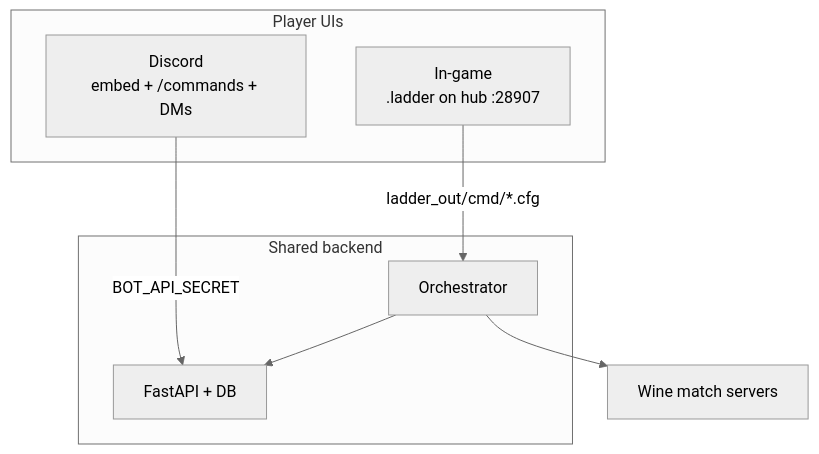
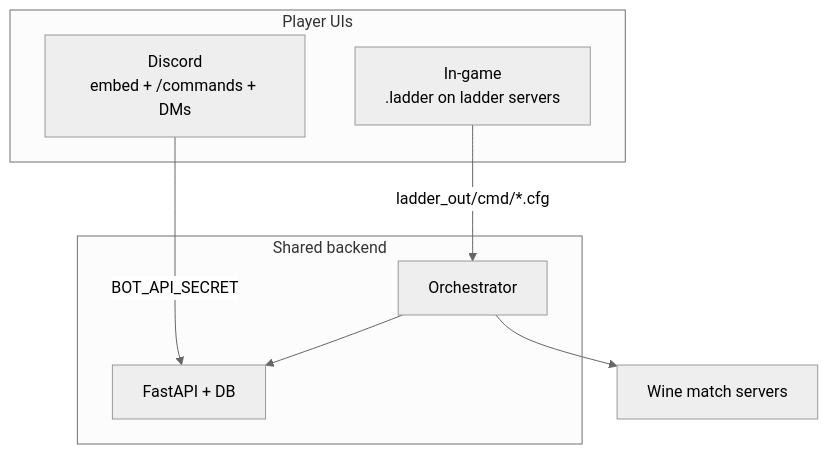
Before and after one commit to d3nd3/sof-ladder: the second of 10 diagrams in README.md, drawn with Mermaid (neutral theme). The commit also changed other lines of this file and 10 other files, not shown here.

````diff
--- a/README.md
+++ b/README.md
@@ -58,15 +59,15 @@
 ```mermaid
 flowchart TB
   subgraph paths [Player UIs]
     D["Discord\nembed + /commands + DMs"]
-    G["In-game\n.ladder on hub :28907"]
+    G["In-game\n.ladder on ladder servers"]
   end
   subgraph core [Shared backend]
     API[FastAPI + DB]
     Orch[Orchestrator]
   end
   D -->|BOT_API_SECRET| API
   G -->|ladder_out/cmd/*.cfg| Orch
   Orch --> API
   Orch --> MatchSrv2[Wine match servers]
 ```
````
